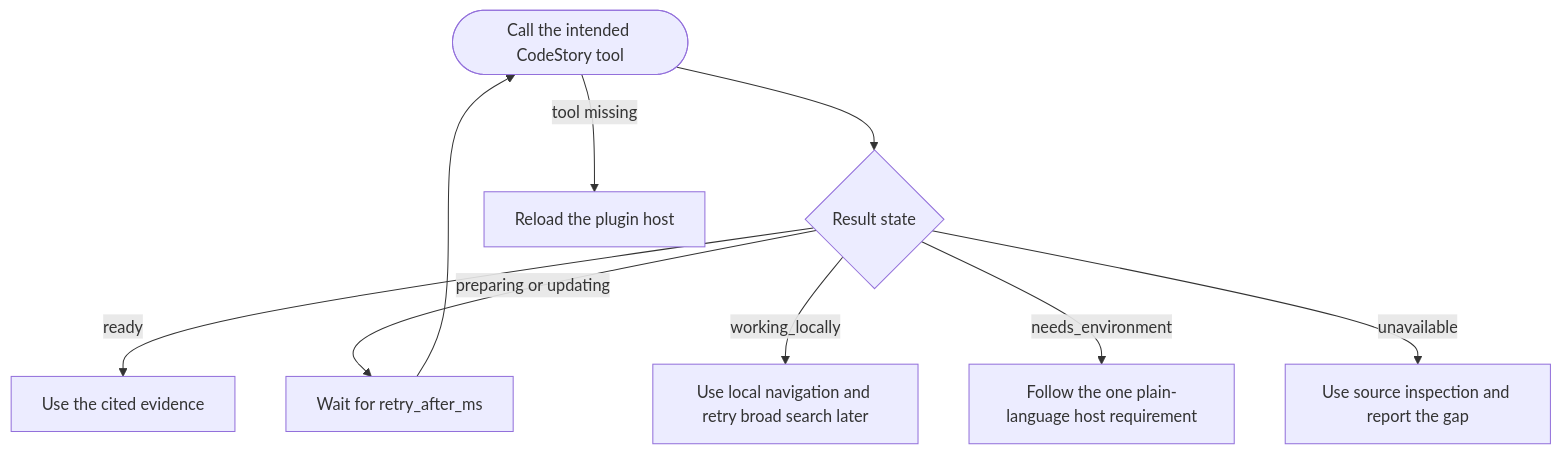
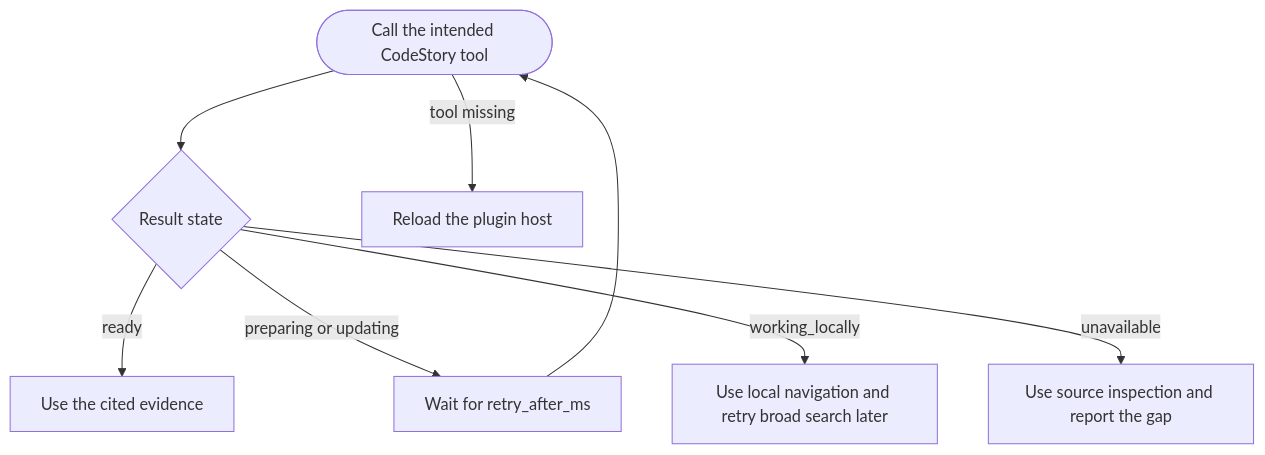
Before and after one commit to TheGreenCedar/CodeStory: the diagram in docs/users/troubleshooting.md, drawn with Mermaid. The commit also changed other lines of this file and 36 other files, not shown here.

````diff
--- a/docs/users/troubleshooting.md
+++ b/docs/users/troubleshooting.md
@@ -25,11 +25,10 @@
 ```mermaid
 flowchart TD
   start([Call the intended CodeStory tool]) --> result{Result state}
   result -->|ready| done[Use the cited evidence]
   result -->|preparing or updating| retry[Wait for retry_after_ms]
   retry --> start
   result -->|working_locally| local[Use local navigation and retry broad search later]
-  result -->|needs_environment| host[Follow the one plain-language host requirement]
   result -->|unavailable| fallback[Use source inspection and report the gap]
   start -->|tool missing| mcp[Reload the plugin host]
 ```
````
